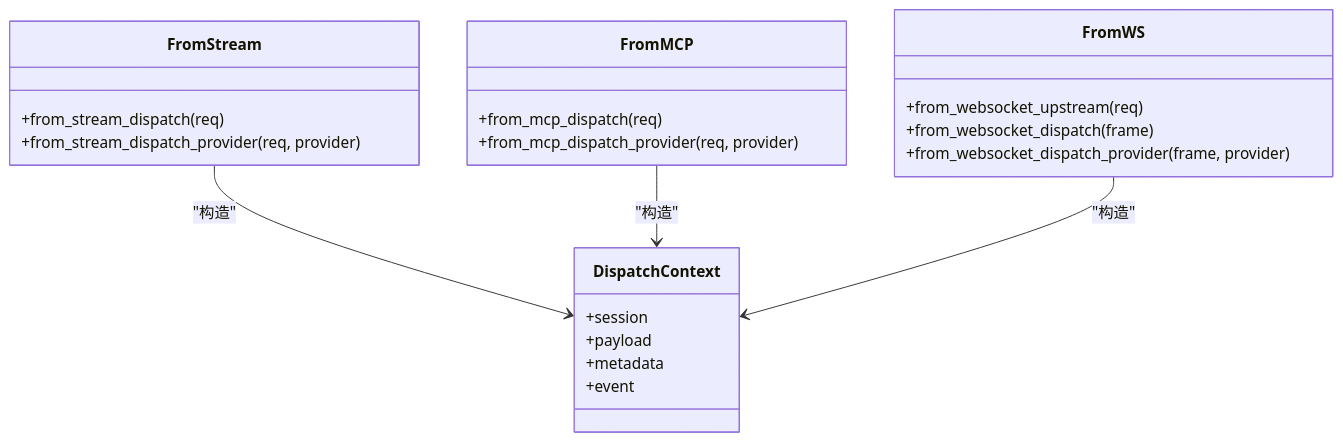
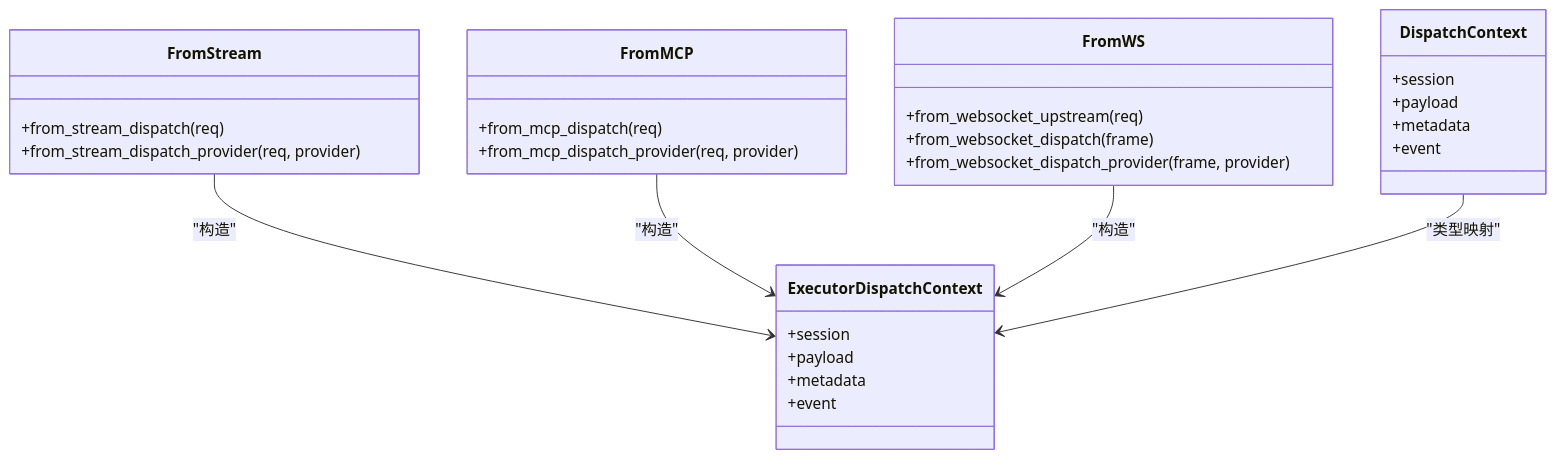
One commit to guweigang/vhttpd changed the fourth of 8 diagrams in .qoder/repowiki/zh/content/服务器核心/内核调度与请求分发系统.md. Above: the diagram before and after it, drawn with Mermaid. The commit also changed other lines of this file and 54 other files, not shown here.

````diff
--- a/.qoder/repowiki/zh/content/服务器核心/内核调度与请求分发系统.md
+++ b/.qoder/repowiki/zh/content/服务器核心/内核调度与请求分发系统.md
@@ -162,25 +178,32 @@
 ```mermaid
 classDiagram
 class DispatchContext {
++session
++payload
++metadata
++event
+}
+class ExecutorDispatchContext {
 +session
 +payload
 +metadata
 +event
 }
 class FromStream {
 +from_stream_dispatch(req)
 +from_stream_dispatch_provider(req, provider)
 }
 class FromMCP {
 +from_mcp_dispatch(req)
 +from_mcp_dispatch_provider(req, provider)
 }
 class FromWS {
 +from_websocket_upstream(req)
 +from_websocket_dispatch(frame)
 +from_websocket_dispatch_provider(frame, provider)
 }
-FromStream --> DispatchContext : "构造"
-FromMCP --> DispatchContext : "构造"
-FromWS --> DispatchContext : "构造"
+FromStream --> ExecutorDispatchContext : "构造"
+FromMCP --> ExecutorDispatchContext : "构造"
+FromWS --> ExecutorDispatchContext : "构造"
+DispatchContext --> ExecutorDispatchContext : "类型映射"
 ```
````
